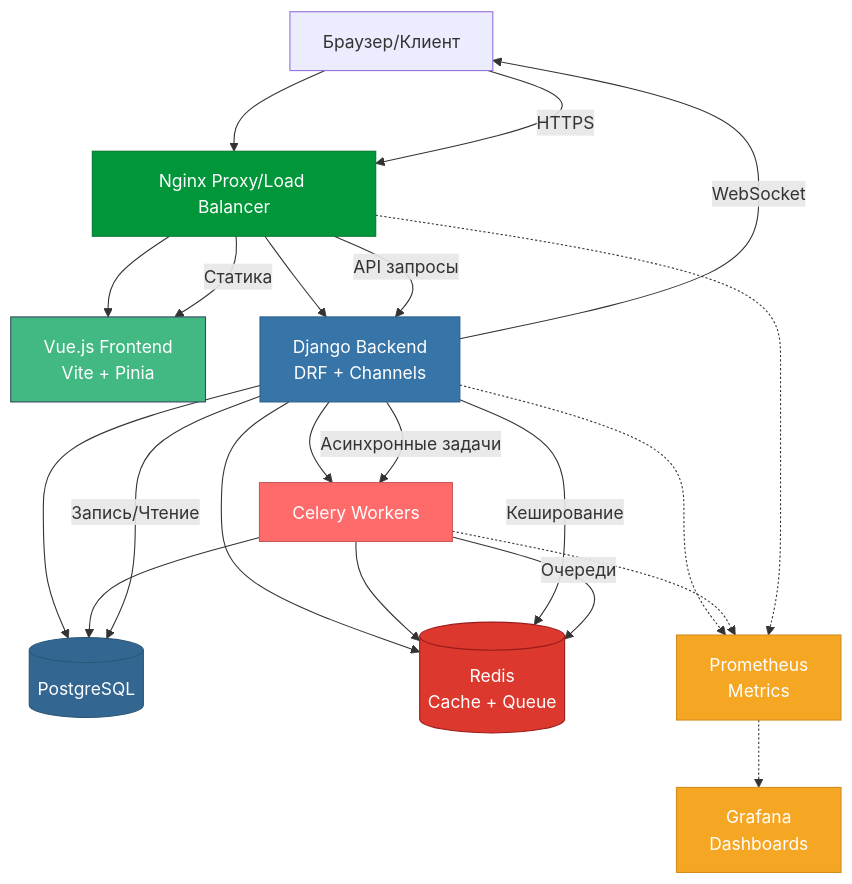
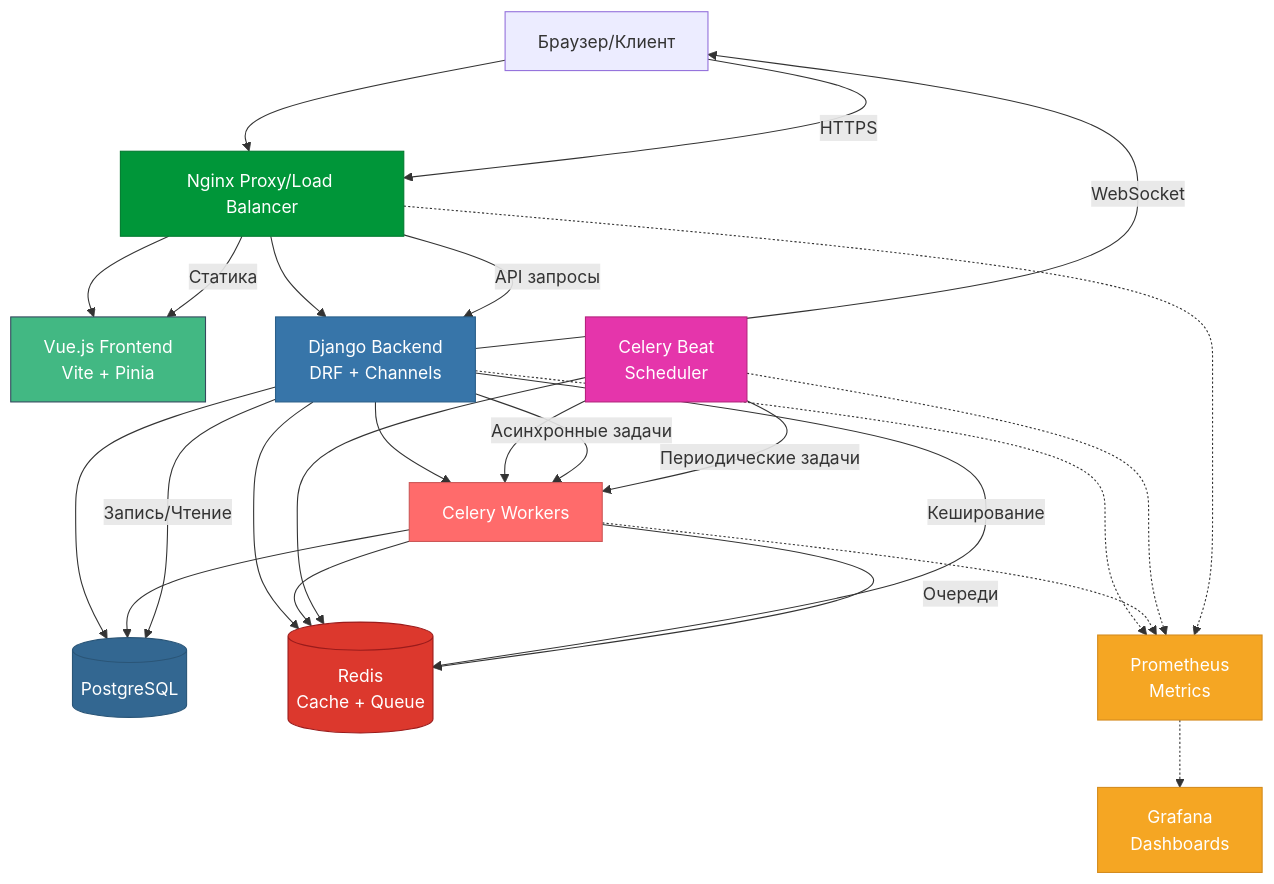
Before and after one commit to zart227/food-delivery-app: the diagram in docs/diagrams/architecture.md, drawn with Mermaid. The commit also changed other lines of this file and 1 other file, not shown here.

````diff
--- a/docs/diagrams/architecture.md
+++ b/docs/diagrams/architecture.md
@@ -3,58 +3,64 @@
 ```mermaid
 graph TB
     %% Определение стилей
     classDef frontend fill:#42b883,stroke:#35495e,color:white
     classDef backend fill:#3775a9,stroke:#2a5f8a,color:white
     classDef database fill:#336791,stroke:#2a5577,color:white
     classDef cache fill:#dc382d,stroke:#9a1b1b,color:white
     classDef queue fill:#ff6b6b,stroke:#cc5757,color:white
     classDef proxy fill:#009639,stroke:#007a2e,color:white
     classDef monitoring fill:#f5a623,stroke:#d48c1f,color:white
+    classDef scheduler fill:#e535ab,stroke:#b5237d,color:white
 
     %% Клиентская часть
     Client[Браузер/Клиент]
     
     %% Прокси и балансировка
     Nginx[Nginx Proxy/Load Balancer]:::proxy
     
     %% Frontend приложение
     Vue[Vue.js Frontend<br/>Vite + Pinia]:::frontend
     
     %% Backend сервисы
     Django[Django Backend<br/>DRF + Channels]:::backend
     Celery[Celery Workers]:::queue
+    CeleryBeat[Celery Beat<br/>Scheduler]:::scheduler
     
     %% База данных и кеширование
     Postgres[(PostgreSQL)]:::database
     Redis[(Redis<br/>Cache + Queue)]:::cache
     
     %% Мониторинг
     Prometheus[Prometheus<br/>Metrics]:::monitoring
     Grafana[Grafana<br/>Dashboards]:::monitoring
 
     %% Определение связей
     Client --> Nginx
     Nginx --> Vue
     Nginx --> Django
     Django --> Postgres
     Django --> Redis
     Django --> Celery
     Celery --> Redis
     Celery --> Postgres
+    CeleryBeat --> Celery
+    CeleryBeat --> Redis
     
     %% Мониторинг связи
     Django -.-> Prometheus
     Celery -.-> Prometheus
+    CeleryBeat -.-> Prometheus
     Nginx -.-> Prometheus
     Prometheus -.-> Grafana
 
     %% Подписи к связям
     Client -- "HTTPS" --> Nginx
     Nginx -- "Статика" --> Vue
     Nginx -- "API запросы" --> Django
     Django -- "WebSocket" --> Client
     Django -- "Запись/Чтение" --> Postgres
     Django -- "Кеширование" --> Redis
     Django -- "Асинхронные задачи" --> Celery
     Celery -- "Очереди" --> Redis
+    CeleryBeat -- "Периодические задачи" --> Celery
 ```
````
